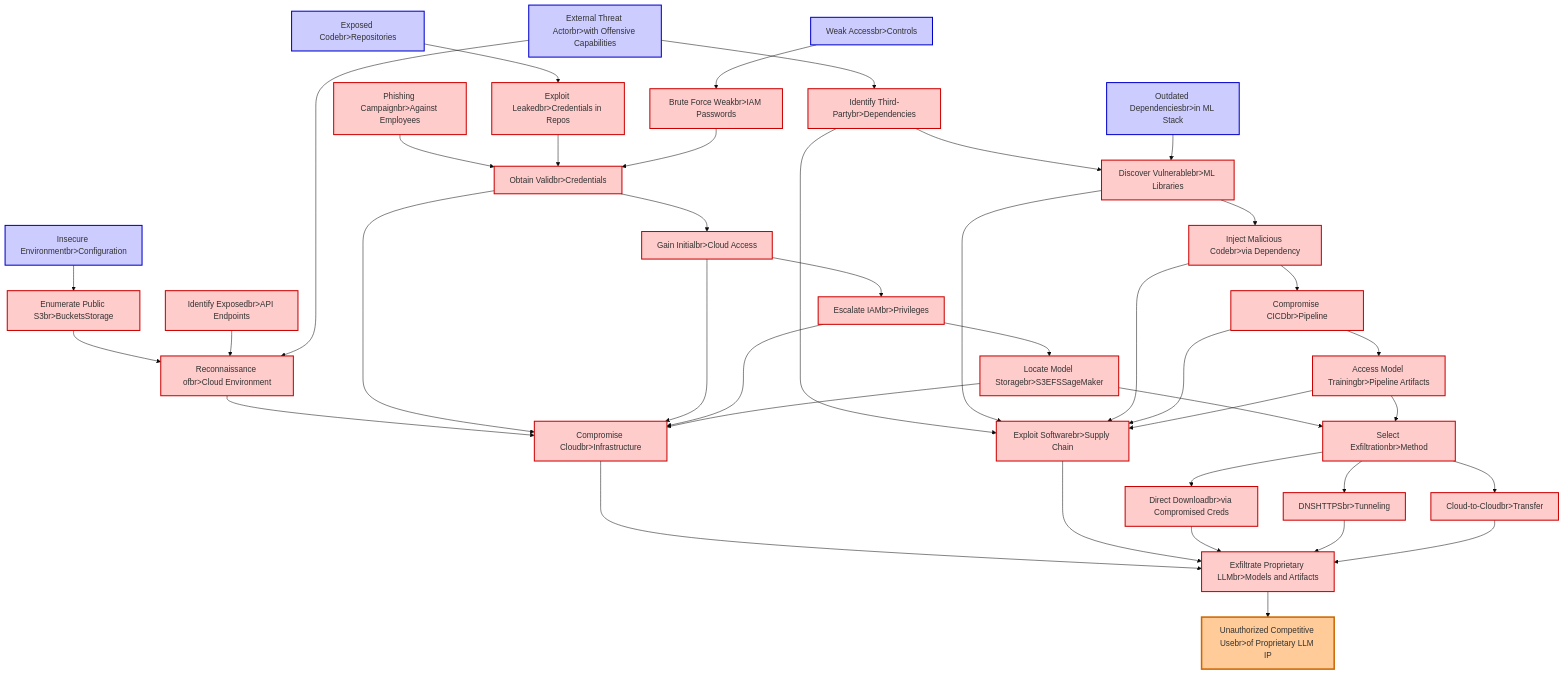
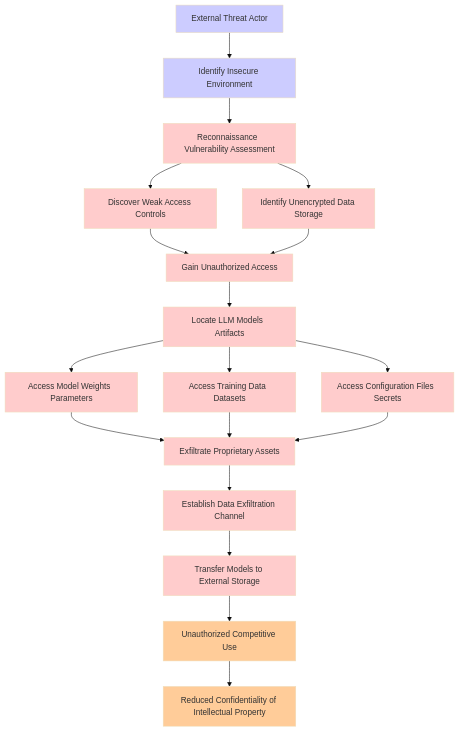
Before and after one commit to aws-samples/sample-agentic-attack-tree-generator: the diagram in sample-applications/genai-chatbot/threatforest/attack_trees/attack_tree_e746ae8d-2840-4dd0-96a2-5d9656f7a62b_llm03_supply_chain,_llm10_unbounded_consumption.md, drawn with Mermaid (base theme). The commit also changed other lines of this file and 310 other files, not shown here.

````diff
--- a/sample-applications/genai-chatbot/threatforest/attack_trees/attack_tree_e746ae8d-2840-4dd0-96a2-5d9656f7a62b_llm03_supply_chain,_llm10_unbounded_consumption.md
+++ b/sample-applications/genai-chatbot/threatforest/attack_trees/attack_tree_e746ae8d-2840-4dd0-96a2-5d9656f7a62b_llm03_supply_chain,_llm10_unbounded_consumption.md
@@ -8,59 +8,27 @@
 ```mermaid
 graph TD
-    GOAL[" Unauthorized Competitive Usebr>of Proprietary LLM IP"]
-    %% Main Goal Connection
-    EXF["Exfiltrate Proprietary LLMbr>Models and Artifacts"] --> GOAL
-    %% Two Primary Attack Paths
-    PATH1["Compromise Cloudbr>Infrastructure"] --> EXF
-    PATH2["Exploit Softwarebr>Supply Chain"] --> EXF
-    %% Path 1: Cloud Infrastructure Compromise
-    RECON1["Reconnaissance ofbr>Cloud Environment"] --> PATH1
-    CRED1["Obtain Validbr>Credentials"] --> PATH1
-    RECON1A["Enumerate Public S3br>BucketsStorage"] --> RECON1
-    RECON1B["Identify Exposedbr>API Endpoints"] --> RECON1
-    CRED1A["Phishing Campaignbr>Against Employees"] --> CRED1
-    CRED1B["Exploit Leakedbr>Credentials in Repos"] --> CRED1
-    CRED1C["Brute Force Weakbr>IAM Passwords"] --> CRED1
-    %% Path 1 Exploitation
-    ACCESS1["Gain Initialbr>Cloud Access"] --> PATH1
-    CRED1 --> ACCESS1
-    PRIV1["Escalate IAMbr>Privileges"] --> PATH1
-    ACCESS1 --> PRIV1
-    LOCATE1["Locate Model Storagebr>S3EFSSageMaker"] --> PATH1
-    PRIV1 --> LOCATE1
-    %% Path 2: Supply Chain Exploitation
-    RECON2["Identify Third-Partybr>Dependencies"] --> PATH2
-    VULN2["Discover Vulnerablebr>ML Libraries"] --> PATH2
-    RECON2 --> VULN2
-    INJECT2["Inject Malicious Codebr>via Dependency"] --> PATH2
-    VULN2 --> INJECT2
-    CICD2["Compromise CICDbr>Pipeline"] --> PATH2
-    INJECT2 --> CICD2
-    ARTIFACT2["Access Model Trainingbr>Pipeline Artifacts"] --> PATH2
-    CICD2 --> ARTIFACT2
-    %% Initial Facts/Prerequisites
-    FACT1["External Threat Actorbr>with Offensive Capabilities"] --> RECON1
-    FACT1 --> RECON2
-    FACT2["Insecure Environmentbr>Configuration"] --> RECON1A
-    FACT3["Weak Accessbr>Controls"] --> CRED1C
-    FACT4["Exposed Codebr>Repositories"] --> CRED1B
-    FACT5["Outdated Dependenciesbr>in ML Stack"] --> VULN2
-    %% Exfiltration Methods
-    LOCATE1 --> EXF_METHOD
-    ARTIFACT2 --> EXF_METHOD
-    EXF_METHOD["Select Exfiltrationbr>Method"]
-    EXF_M1["Direct Downloadbr>via Compromised Creds"] --> EXF
-    EXF_M2["DNSHTTPSbr>Tunneling"] --> EXF
-    EXF_M3["Cloud-to-Cloudbr>Transfer"] --> EXF
-    EXF_METHOD --> EXF_M1
-    EXF_METHOD --> EXF_M2
-    EXF_METHOD --> EXF_M3
-    %% Styling
-    classDef attack fill:#ffcccc,stroke:#cc0000,stroke-width:2px
-    classDef goal fill:#ffcc99,stroke:#cc6600,stroke-width:3px
-    classDef fact fill:#ccccff,stroke:#0000cc,stroke-width:2px
-    class GOAL goal
-    class FACT1,FACT2,FACT3,FACT4,FACT5 fact
-    class RECON1,RECON1A,RECON1B,RECON2,CRED1,CRED1A,CRED1B,CRED1C,ACCESS1,PRIV1,LOCATE1,VULN2,INJECT2,CICD2,ARTIFACT2,PATH1,PATH2,EXF,EXF_METHOD,EXF_M1,EXF_M2,EXF_M3 attack
+    A["External Threat Actor"] --> B["Identify Insecure Environment"]
+    B --> C["Reconnaissance  Vulnerability Assessment"]
+    C --> D["Discover Weak Access Controls"]
+    C --> E["Identify Unencrypted Data Storage"]
+    D --> F["Gain Unauthorized Access"]
+    E --> F
+    F --> G["Locate LLM Models  Artifacts"]
+    G --> H["Access Model Weights  Parameters"]
+    G --> I["Access Training Data  Datasets"]
+    G --> J["Access Configuration Files  Secrets"]
+    H --> K["Exfiltrate Proprietary Assets"]
+    I --> K
+    J --> K
+    K --> L["Establish Data Exfiltration Channel"]
+    L --> M["Transfer Models to External Storage"]
+    M --> N["Unauthorized Competitive Use"]
+    N --> O["Reduced Confidentiality of Intellectual Property"]
+    classDef fact fill:#ccccff
+    classDef attack fill:#ffcccc
+    classDef goal fill:#ffcc99
+    class A,B fact
+    class C,D,E,F,G,H,I,J,K,L,M attack
+    class N,O goal
     classDef mitigation fill:#ccffcc
 ```
````
